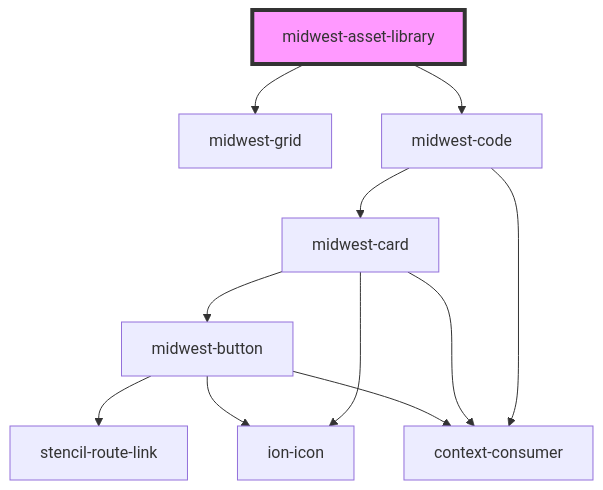
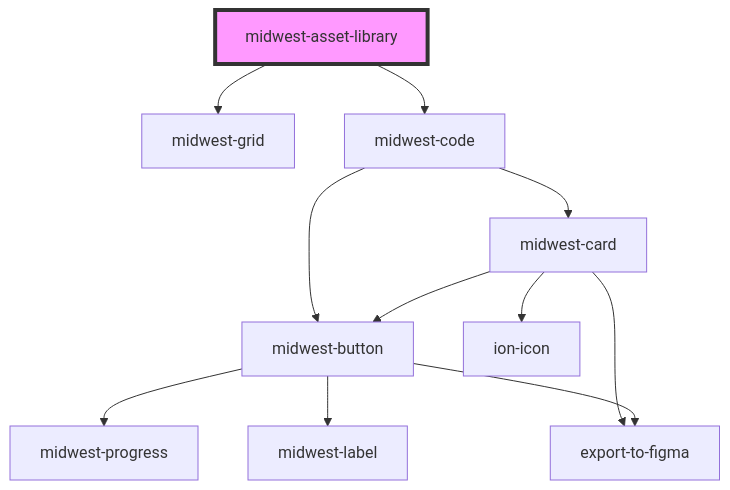
The diagram in packages/helpers/src/components/asset-library/readme.md (splitinfinities/Midwest), drawn with Mermaid before and after one commit. The commit also changed other lines of this file and 157 other files, not shown here.

````diff
--- a/packages/helpers/src/components/asset-library/readme.md
+++ b/packages/helpers/src/components/asset-library/readme.md
@@ -16,14 +16,14 @@
 ```mermaid
 graph TD;
   midwest-asset-library --> midwest-grid
   midwest-asset-library --> midwest-code
   midwest-code --> midwest-card
-  midwest-code --> context-consumer
+  midwest-code --> midwest-button
   midwest-card --> midwest-button
   midwest-card --> ion-icon
-  midwest-card --> context-consumer
-  midwest-button --> ion-icon
-  midwest-button --> stencil-route-link
-  midwest-button --> context-consumer
+  midwest-card --> export-to-figma
+  midwest-button --> midwest-progress
+  midwest-button --> midwest-label
+  midwest-button --> export-to-figma
   style midwest-asset-library fill:#f9f,stroke:#333,stroke-width:4px
 ```
````
